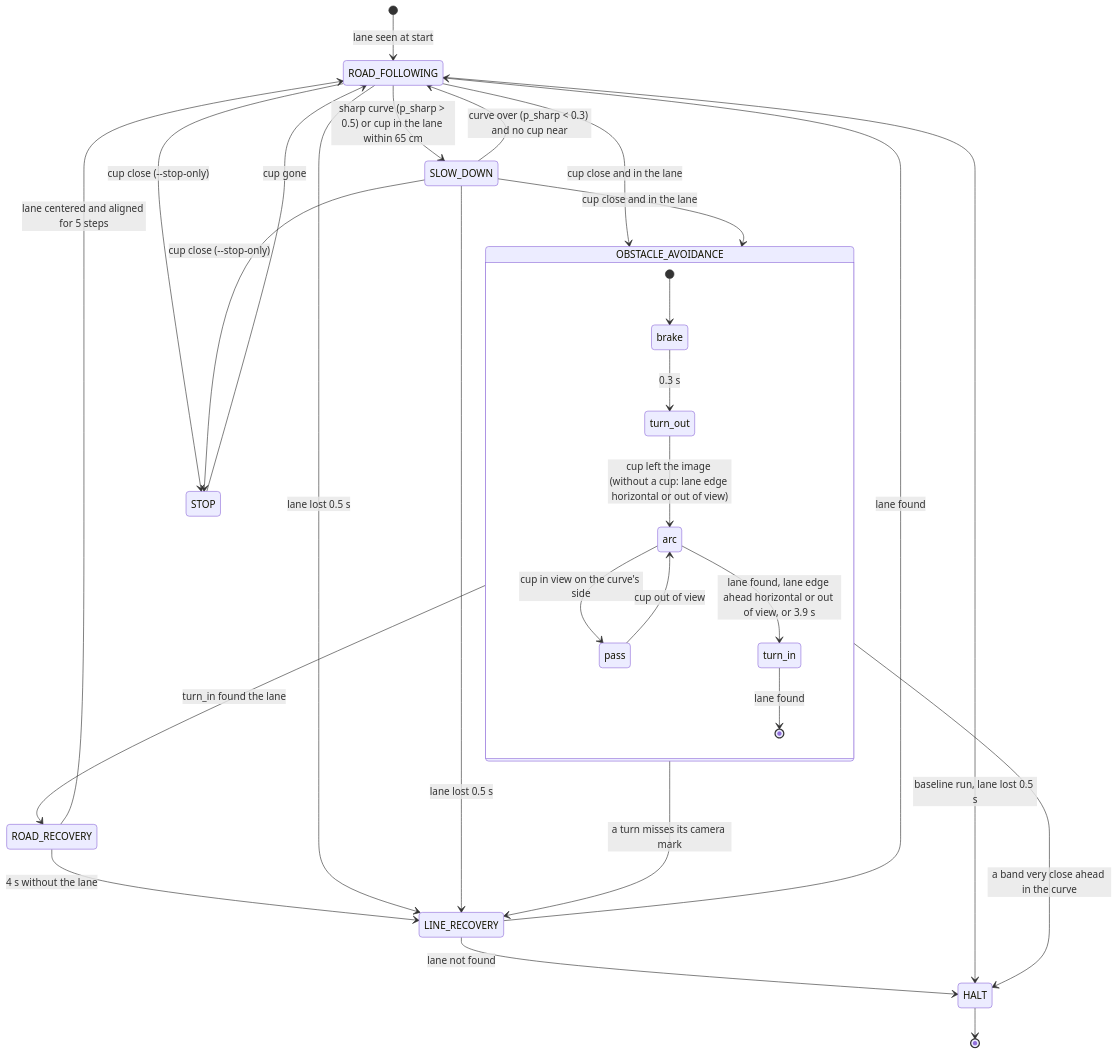
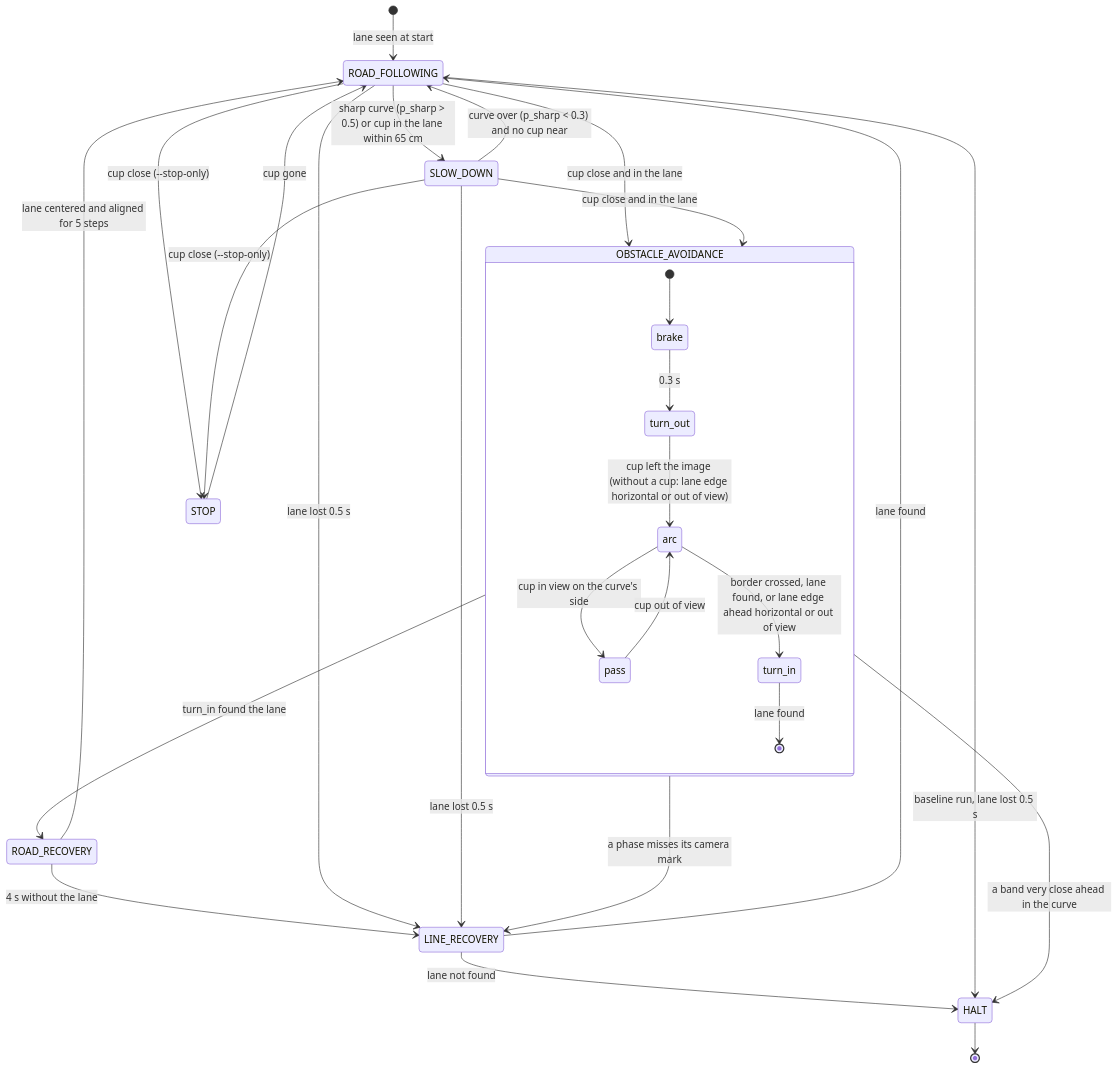
One commit to janniskrn/robotic-jetbot changed the diagram in notebooks/mini_av/STATE_MACHINE.md. Above: the diagram before and after it, drawn with Mermaid. The commit also changed other lines of this file and 9 other files, not shown here.

First line of the commit message:
Curve ends when the lane's border was crossed; no blind forward pulses in the recovery

````diff
--- a/notebooks/mini_av/STATE_MACHINE.md
+++ b/notebooks/mini_av/STATE_MACHINE.md
@@ -34,31 +34,31 @@
 ```mermaid
 stateDiagram-v2
     [*] --> ROAD_FOLLOWING: lane seen at start
     ROAD_FOLLOWING --> SLOW_DOWN: sharp curve (p_sharp > 0.5) or cup in the lane within 65 cm
     SLOW_DOWN --> ROAD_FOLLOWING: curve over (p_sharp < 0.3) and no cup near
     ROAD_FOLLOWING --> OBSTACLE_AVOIDANCE: cup close and in the lane
     SLOW_DOWN --> OBSTACLE_AVOIDANCE: cup close and in the lane
     state OBSTACLE_AVOIDANCE {
         [*] --> brake
         brake --> turn_out: 0.3 s
         turn_out --> arc: cup left the image (without a cup: lane edge horizontal or out of view)
         arc --> pass: cup in view on the curve's side
         pass --> arc: cup out of view
-        arc --> turn_in: lane found, lane edge ahead horizontal or out of view, or 3.9 s
+        arc --> turn_in: border crossed, lane found, or lane edge ahead horizontal or out of view
         turn_in --> [*]: lane found
     }
     OBSTACLE_AVOIDANCE --> ROAD_RECOVERY: turn_in found the lane
     OBSTACLE_AVOIDANCE --> HALT: a band very close ahead in the curve
     ROAD_RECOVERY --> ROAD_FOLLOWING: lane centered and aligned for 5 steps
     ROAD_RECOVERY --> LINE_RECOVERY: 4 s without the lane
     ROAD_FOLLOWING --> LINE_RECOVERY: lane lost 0.5 s
     SLOW_DOWN --> LINE_RECOVERY: lane lost 0.5 s
-    OBSTACLE_AVOIDANCE --> LINE_RECOVERY: a turn misses its camera mark
+    OBSTACLE_AVOIDANCE --> LINE_RECOVERY: a phase misses its camera mark
     LINE_RECOVERY --> ROAD_FOLLOWING: lane found
     LINE_RECOVERY --> HALT: lane not found
     ROAD_FOLLOWING --> STOP: cup close (--stop-only)
     SLOW_DOWN --> STOP: cup close (--stop-only)
     STOP --> ROAD_FOLLOWING: cup gone
     ROAD_FOLLOWING --> HALT: baseline run, lane lost 0.5 s
     HALT --> [*]
 ```
````
